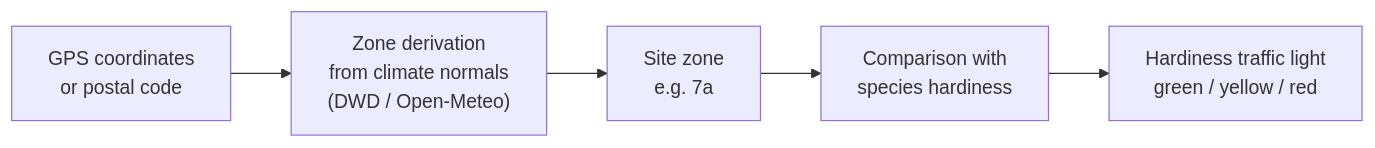
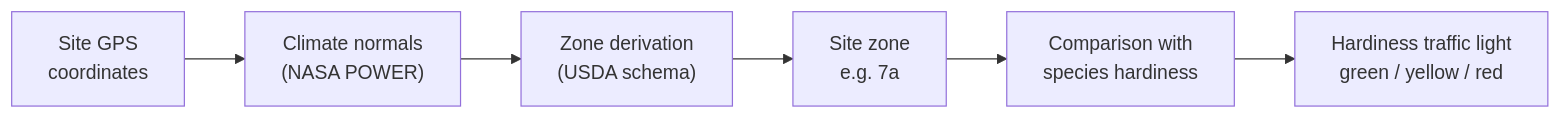
The diagram in docs/en/guides/climate-zones.md (nolte/kamerplanter), drawn with Mermaid before and after one commit. The commit also changed other lines of this file and 9 other files, not shown here.

First line of the commit message:
docs(weather): document automatic hardiness zone derivation (REQ-039)

````diff
--- a/docs/en/guides/climate-zones.md
+++ b/docs/en/guides/climate-zones.md
@@ -29,7 +23,8 @@
 ```mermaid
 flowchart LR
-    G["GPS coordinates<br/>or postal code"] --> R["Zone derivation<br/>from climate normals<br/>(DWD / Open-Meteo)"]
+    G["Site GPS<br/>coordinates"] --> N["Climate normals<br/>(NASA POWER)"]
+    N --> R["Zone derivation<br/>(USDA schema)"]
     R --> Z["Site zone<br/>e.g. 7a"]
     Z --> V["Comparison with<br/>species hardiness"]
     V --> A["Hardiness traffic light<br/>green / yellow / red"]
 ```
````
